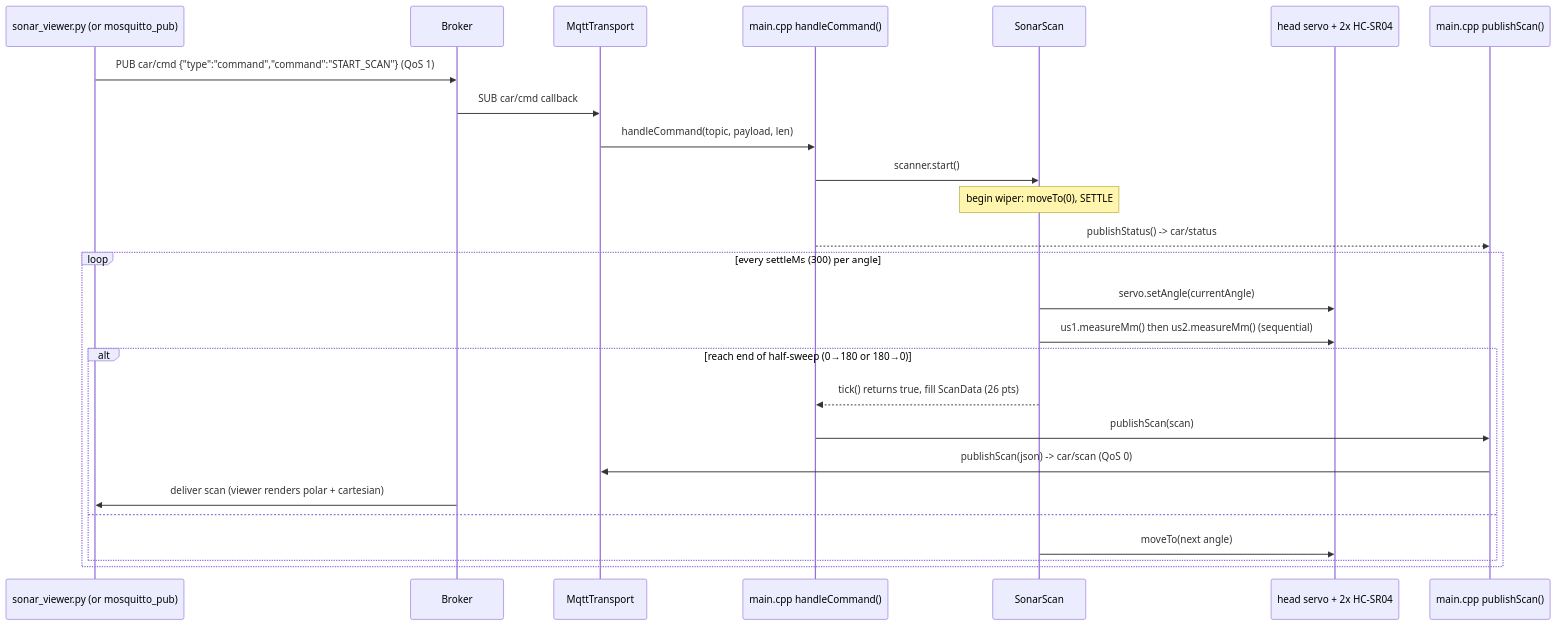
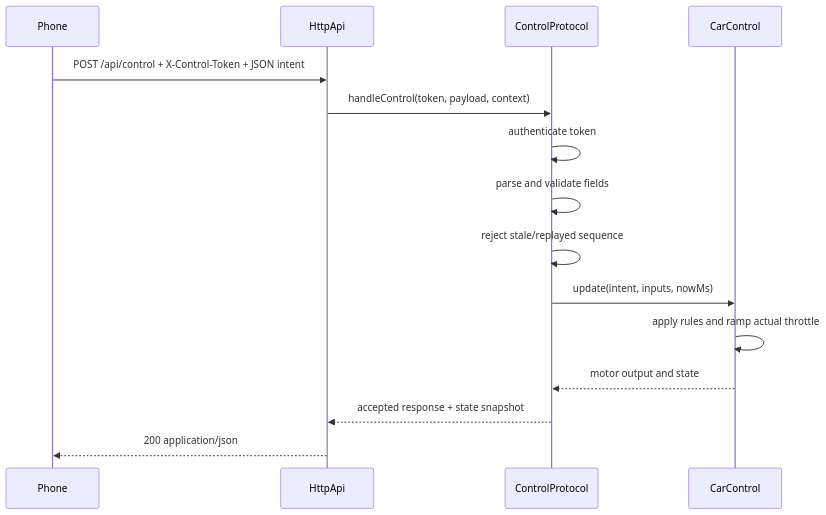
One commit to Elismar13/thushimas-car changed the second of 5 diagrams in docs/developer/data-flows.md. Above: the diagram before and after it, drawn with Mermaid. The commit also changed other lines of this file and 26 other files, not shown here.

````diff
--- a/docs/developer/data-flows.md
+++ b/docs/developer/data-flows.md
@@ -47,30 +39,18 @@
 ```mermaid
 sequenceDiagram
-    participant V as sonar_viewer.py (or mosquitto_pub)
-    participant B as Broker
-    participant M as MqttTransport
-    participant C as main.cpp handleCommand()
-    participant S as SonarScan
-    participant H as head servo + 2x HC-SR04
-    participant P as main.cpp publishScan()
+    participant P as Phone
+    participant H as HttpApi
+    participant E as ControlProtocol
+    participant C as CarControl
 
-    V->>B: PUB car/cmd {"type":"command","command":"START_SCAN"} (QoS 1)
-    B->>M: SUB car/cmd callback
-    M->>C: handleCommand(topic, payload, len)
-    C->>S: scanner.start()
-    Note over S: begin wiper: moveTo(0), SETTLE
-    C-->>P: publishStatus() -> car/status
-
-    loop every settleMs (300) per angle
-        S->>H: servo.setAngle(currentAngle)
-        S->>H: us1.measureMm() then us2.measureMm() (sequential)
-        alt reach end of half-sweep (0→180 or 180→0)
-            S-->>C: tick() returns true, fill ScanData (26 pts)
-            C->>P: publishScan(scan)
-            P->>M: publishScan(json) -> car/scan (QoS 0)
-            B->>V: deliver scan (viewer renders polar + cartesian)
-        else
-            S->>H: moveTo(next angle)
-        end
-    end
+    P->>H: POST /api/control + X-Control-Token + JSON intent
+    H->>E: handleControl(token, payload, context)
+    E->>E: authenticate token
+    E->>E: parse and validate fields
+    E->>E: reject stale/replayed sequence
+    E->>C: update(intent, inputs, nowMs)
+    C->>C: apply rules and ramp actual throttle
+    C-->>E: motor output and state
+    E-->>H: accepted response + state snapshot
+    H-->>P: 200 application/json
 ```
````
